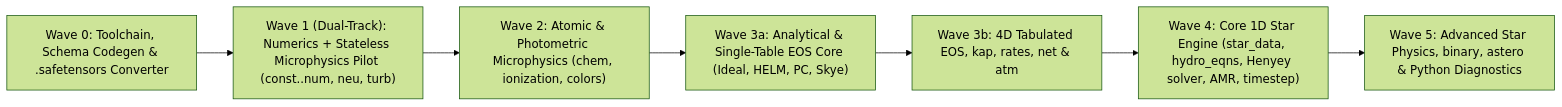
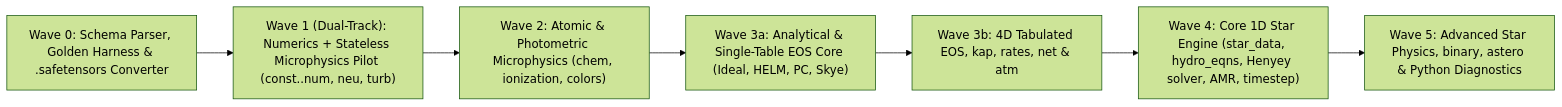
Before and after one commit to joshspeagle/FlexMESA: the second of 2 diagrams in docs/design/scoping-and-architecture.md, drawn with Mermaid (forest theme). The commit also changed other lines of this file and 14 other files, not shown here.

````diff
--- a/docs/design/scoping-and-architecture.md
+++ b/docs/design/scoping-and-architecture.md
@@ -304,9 +304,9 @@
 ```mermaid
 flowchart LR
-    W0["Wave 0: Toolchain, Schema Codegen & .safetensors Converter"] --> W1["Wave 1 (Dual-Track): Numerics + Stateless Microphysics Pilot (const..num, neu, turb)"]
+    W0["Wave 0: Schema Parser, Golden Harness & .safetensors Converter"] --> W1["Wave 1 (Dual-Track): Numerics + Stateless Microphysics Pilot (const..num, neu, turb)"]
     W1 --> W2["Wave 2: Atomic & Photometric Microphysics (chem, ionization, colors)"]
     W2 --> W3a["Wave 3a: Analytical & Single-Table EOS Core (Ideal, HELM, PC, Skye)"]
     W3a --> W3b["Wave 3b: 4D Tabulated EOS, kap, rates, net & atm"]
     W3b --> W4["Wave 4: Core 1D Star Engine (star_data, hydro_eqns, Henyey solver, AMR, timestep)"]
     W4 --> W5["Wave 5: Advanced Star Physics, binary, astero & Python Diagnostics"]
 ```
````
